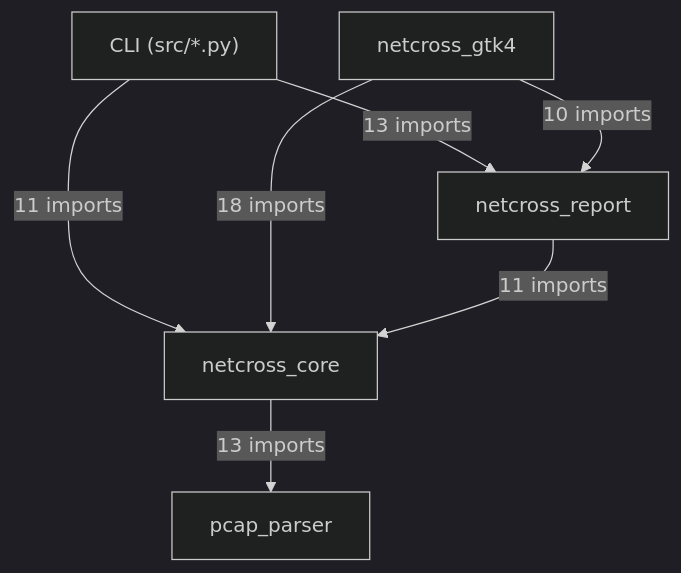
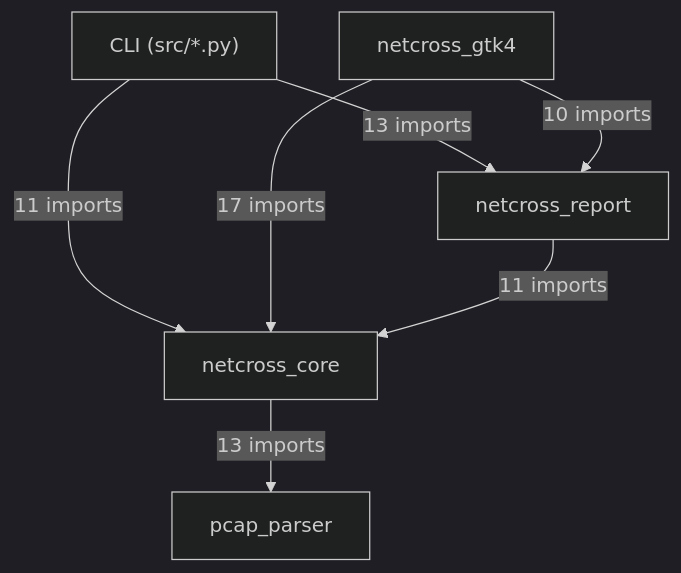
The first of 12 diagrams in docs/class-diagram.md (MathildeDec/Netcross), drawn with Mermaid (dark theme) before and after one commit. The commit also changed other lines of this file, not shown here.

First line of the commit message:
docs: regenere class-diagram.md (netcross_core.discovery, issue #151)

````diff
--- a/docs/class-diagram.md
+++ b/docs/class-diagram.md
@@ -26,14 +26,14 @@
 ```mermaid
 flowchart TD
     CLI["CLI (src/*.py)"]
     netcross_gtk4["netcross_gtk4"]
     netcross_report["netcross_report"]
     netcross_core["netcross_core"]
     pcap_parser["pcap_parser"]
     CLI -->|"13 imports"| netcross_report
     CLI -->|"11 imports"| netcross_core
     netcross_gtk4 -->|"10 imports"| netcross_report
-    netcross_gtk4 -->|"18 imports"| netcross_core
+    netcross_gtk4 -->|"17 imports"| netcross_core
     netcross_report -->|"11 imports"| netcross_core
     netcross_core -->|"13 imports"| pcap_parser
 ```
````
